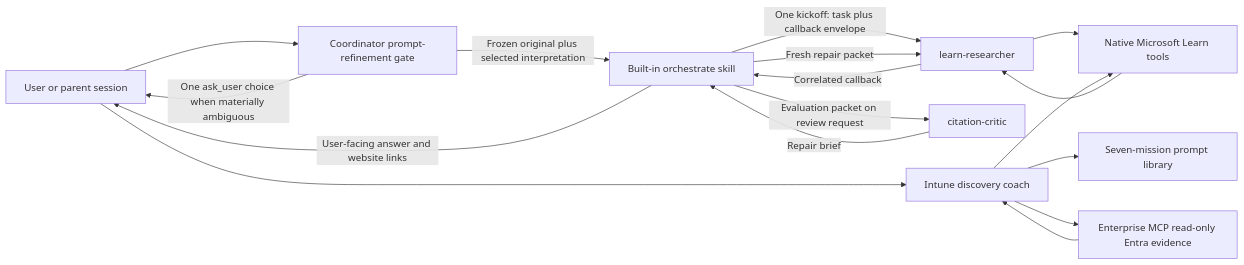
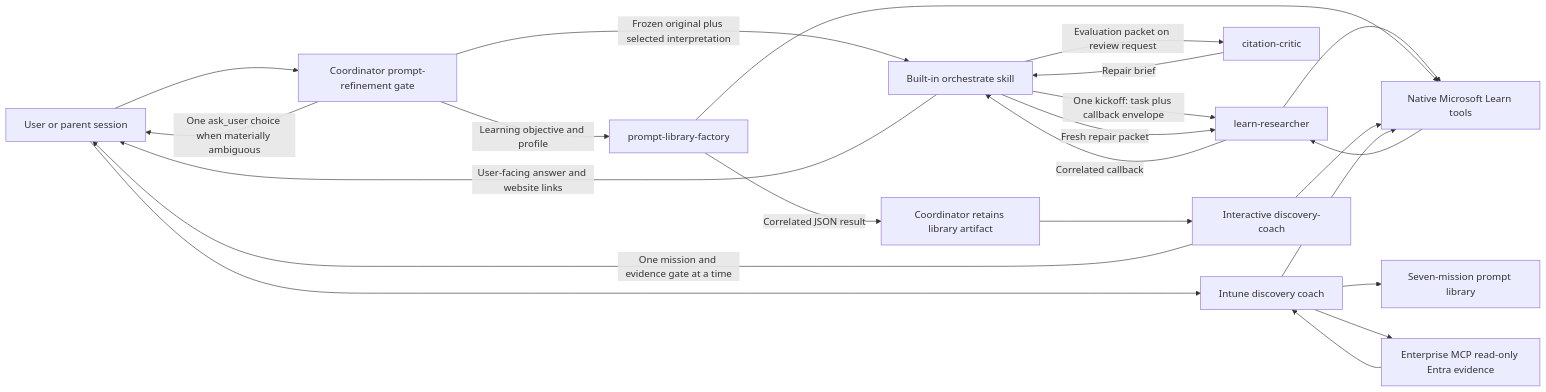
One commit to msucharda/azure-learn-copilot-app changed the diagram in docs/architecture.md. Above: the diagram before and after it, drawn with Mermaid. The commit also changed other lines of this file and 6 other files, not shown here.

Commit message:
Wire native library generation and interactive learning journeys

````diff
--- a/docs/architecture.md
+++ b/docs/architecture.md
@@ -7,19 +7,25 @@
 ```mermaid
 flowchart LR
     U[User or parent session] --> P[Coordinator prompt-refinement gate]
     P -->|One ask_user choice when materially ambiguous| U
     P -->|Frozen original plus selected interpretation| O[Built-in orchestrate skill]
     O -->|One kickoff: task plus callback envelope| R[learn-researcher]
     R --> L[Native Microsoft Learn tools]
     L --> R
     R -->|Correlated callback| O
     O -->|Evaluation packet on review request| C[citation-critic]
     C -->|Repair brief| O
     O -->|Fresh repair packet| R
     O -->|User-facing answer and website links| U
+    P -->|Learning objective and profile| F[prompt-library-factory]
+    F --> L
+    F -->|Correlated JSON result| A[Coordinator retains library artifact]
+    A --> G[Interactive discovery-coach]
+    G --> L
+    G -->|One mission and evidence gate at a time| U
     U --> I[Intune discovery coach]
     I --> M[Seven-mission prompt library]
     I --> L
     I --> E[Enterprise MCP read-only Entra evidence]
     E --> I
 ```
````
